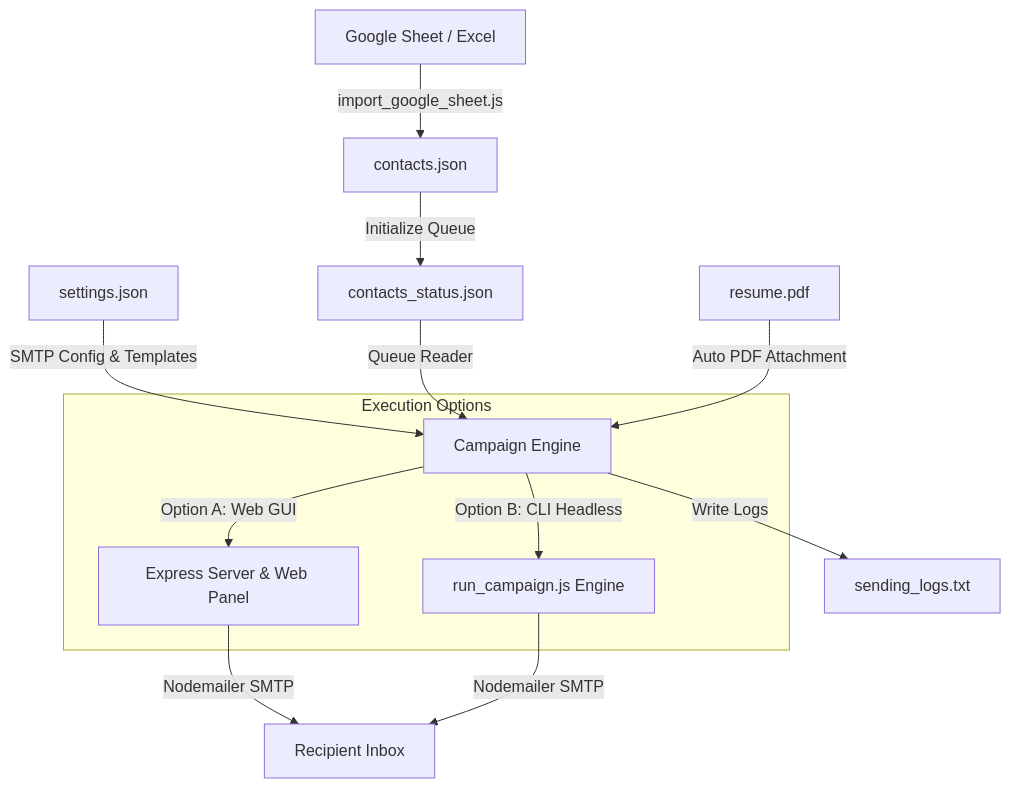
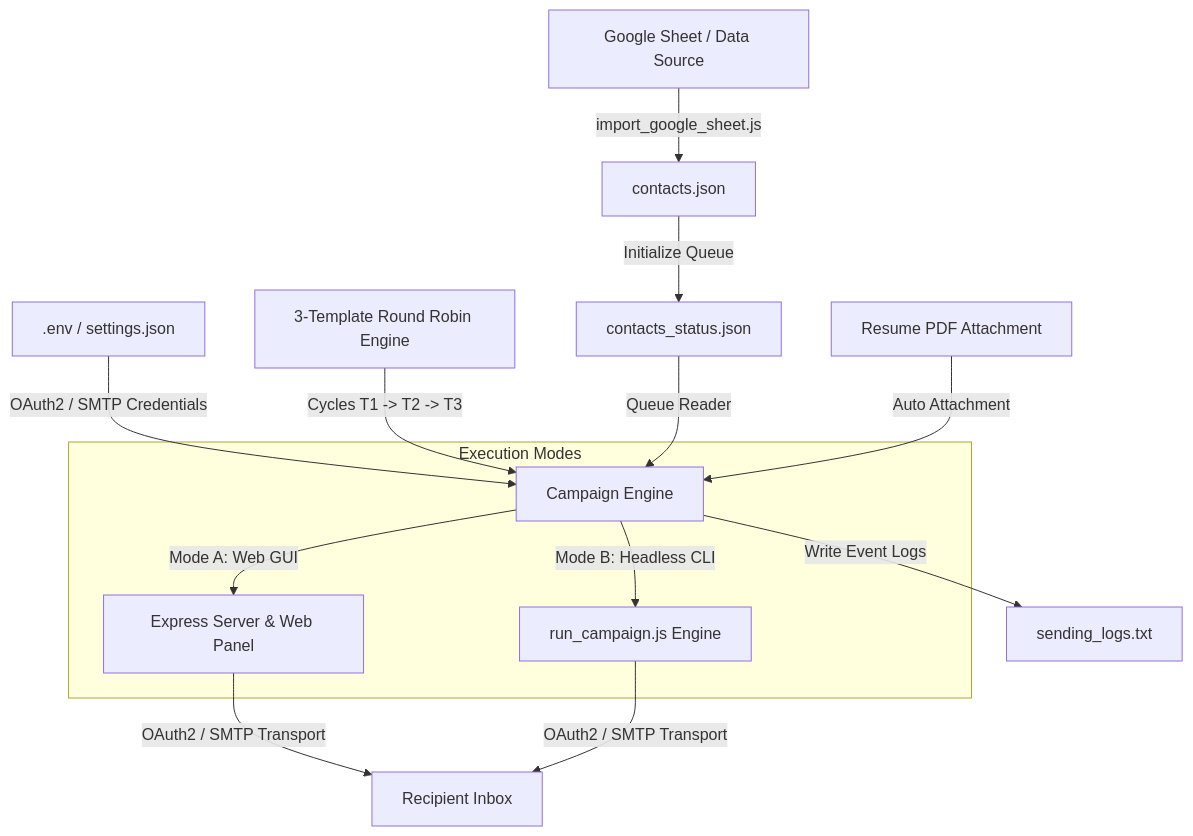
One commit to keshav9926/emailsender-automated changed the diagram in README.md. Above: the diagram before and after it, drawn with Mermaid. The commit also changed other lines of this file and 7 other files, not shown here.

Commit message:
feat: integrate OAuth2 deliverability, 3-template rotation, locked guardrails UI, and docs

````diff
--- a/README.md
+++ b/README.md
@@ -9,17 +9,18 @@
 ```mermaid
 graph TD
-    A[Google Sheet / Excel] -->|import_google_sheet.js| B[contacts.json]
+    A[Google Sheet / Data Source] -->|import_google_sheet.js| B[contacts.json]
     B -->|Initialize Queue| C[contacts_status.json]
-    D[settings.json] -->|SMTP Config & Templates| E[Campaign Engine]
+    D[.env / settings.json] -->|OAuth2 / SMTP Credentials| E[Campaign Engine]
+    F[3-Template Round Robin Engine] -->|Cycles T1 -> T2 -> T3| E
     C -->|Queue Reader| E
-    F[resume.pdf] -->|Auto PDF Attachment| E
+    G[Resume PDF Attachment] -->|Auto Attachment| E
     
-    subgraph Execution Options
-        E -->|Option A: Web GUI| G[Express Server & Web Panel]
-        E -->|Option B: CLI Headless| H[run_campaign.js Engine]
+    subgraph Execution Modes
+        E -->|Mode A: Web GUI| H[Express Server & Web Panel]
+        E -->|Mode B: Headless CLI| I[run_campaign.js Engine]
     end
 
-    G -->|Nodemailer SMTP| I[Recipient Inbox]
-    H -->|Nodemailer SMTP| I
-    E -->|Write Logs| J[sending_logs.txt]
+    H -->|OAuth2 / SMTP Transport| J[Recipient Inbox]
+    I -->|OAuth2 / SMTP Transport| J
+    E -->|Write Event Logs| K[sending_logs.txt]
 ```
````
